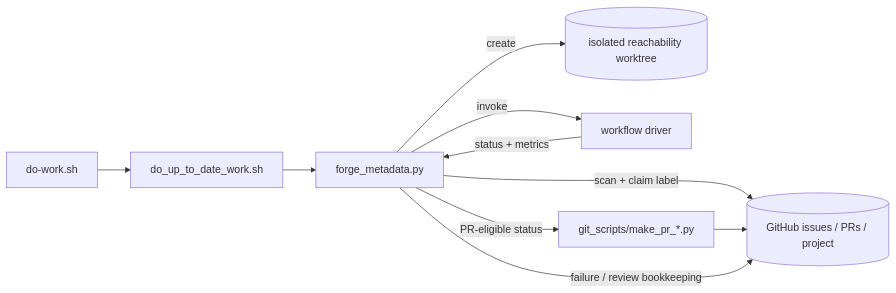
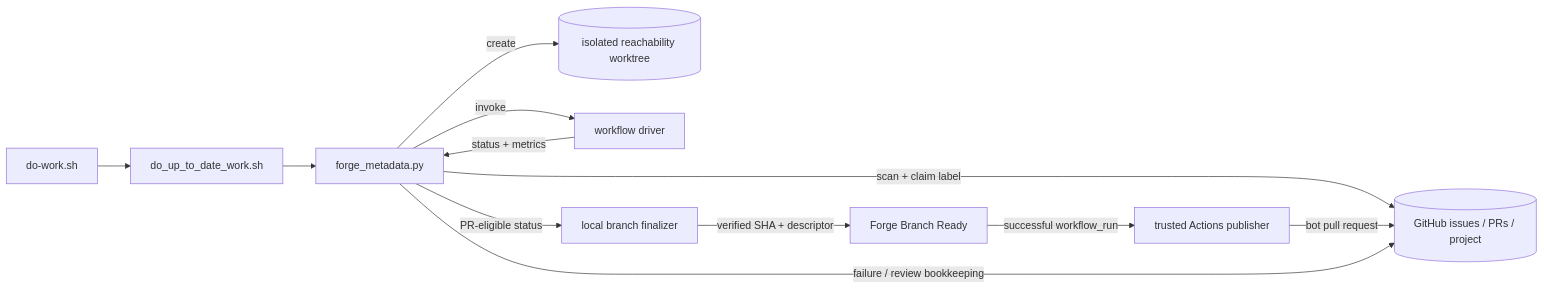
The diagram in forge/docs/architecture/README.md (oracle/graalvm-reachability-metadata), drawn with Mermaid before and after one commit. The commit also changed other lines of this file and 45 other files, not shown here.

First line of the commit message:
Move Forge PR publication to GitHub Actions (#9317)

````diff
--- a/forge/docs/architecture/README.md
+++ b/forge/docs/architecture/README.md
@@ -64,19 +67,23 @@
 ```mermaid
 flowchart LR
     Wrapper["do-work.sh"]
     Worker["do_up_to_date_work.sh"]
     Dispatcher["forge_metadata.py"]
     GitHub[("GitHub issues / PRs / project")]
     Worktree[("isolated reachability worktree")]
     Entry["workflow driver"]
-    PR["git_scripts/make_pr_*.py"]
+    Branch["local branch finalizer"]
+    Ready["Forge Branch Ready"]
+    Publisher["trusted Actions publisher"]
 
     Wrapper --> Worker --> Dispatcher
     Dispatcher -->|scan + claim label| GitHub
     Dispatcher -->|create| Worktree
     Dispatcher -->|invoke| Entry
     Entry -->|status + metrics| Dispatcher
-    Dispatcher -->|PR-eligible status| PR
-    PR --> GitHub
+    Dispatcher -->|PR-eligible status| Branch
+    Branch -->|verified SHA + descriptor| Ready
+    Ready -->|successful workflow_run| Publisher
+    Publisher -->|bot pull request| GitHub
     Dispatcher -->|failure / review bookkeeping| GitHub
 ```
````
